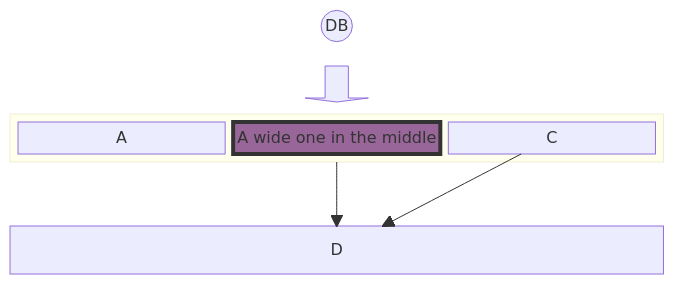
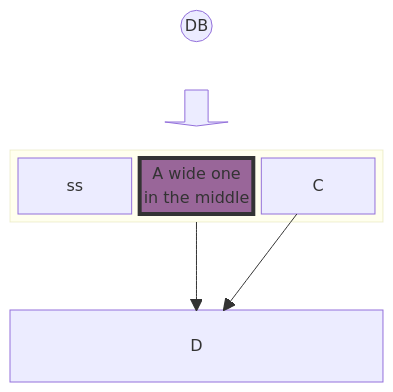
The first of 6 diagrams in README.md (awebfactory/awf-org), drawn with Mermaid before and after one commit. The commit also changed other lines of this file, not shown here.

Commit message:
docs: add plantuml examples just for fun

````diff
--- a/README.md
+++ b/README.md
@@ -59,16 +59,16 @@
 ```mermaid
 block-beta
   columns 1
     db(("DB"))
     blockArrowId6<["&nbsp;&nbsp;&nbsp;"]>(down)
     block:ID
-      A
-      B["A wide one in the middle"]
+      A["ss"]
+      B["A wide one\n in the middle"]
       C
     end
     space
     D
     ID --> D
     C --> D
     style B fill:#969,stroke:#333,stroke-width:4px
 ```
````
